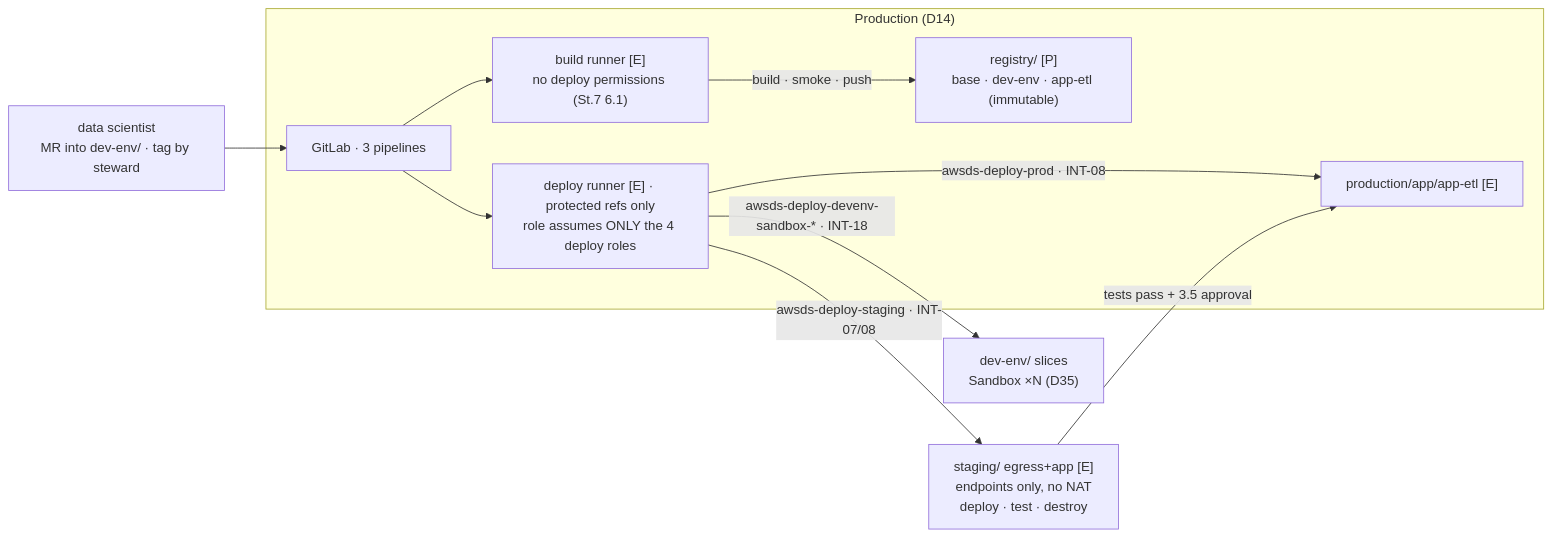
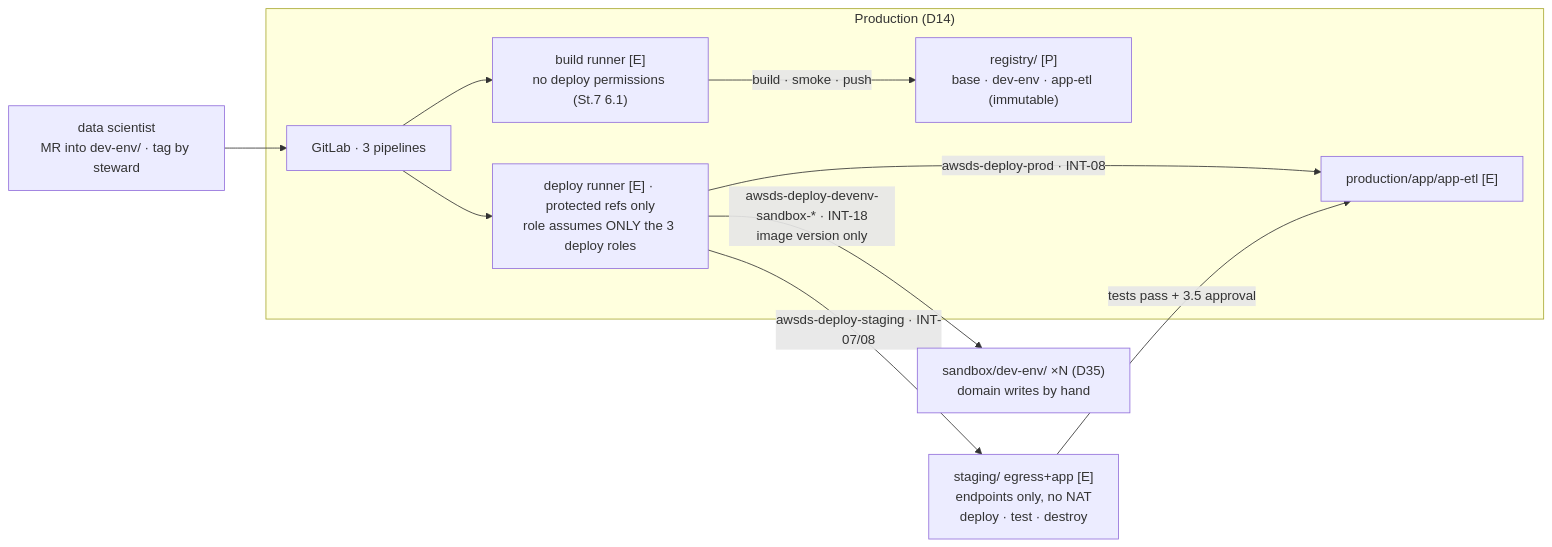
The diagram in docs/plan/stages/stage-08-cicd-pipelines.md (felipenoris/AWS-DataScience), drawn with Mermaid before and after one commit. The commit also changed other lines of this file and 11 other files, not shown here.

````diff
--- a/docs/plan/stages/stage-08-cicd-pipelines.md
+++ b/docs/plan/stages/stage-08-cicd-pipelines.md
@@ -40,17 +41,17 @@
 ```mermaid
 flowchart LR
     DS["data scientist<br/>MR into dev-env/ · tag by steward"] --> GL
     subgraph PRD["Production (D14)"]
         GL["GitLab · 3 pipelines"]
         BR["build runner [E]<br/>no deploy permissions (St.7 6.1)"]
-        DR["deploy runner [E] · protected refs only<br/>role assumes ONLY the 4 deploy roles"]
+        DR["deploy runner [E] · protected refs only<br/>role assumes ONLY the 3 deploy roles"]
         ECR["registry/ [P]<br/>base · dev-env · app-etl (immutable)"]
         PAPP["production/app/app-etl [E]"]
     end
     GL --> BR -->|"build · smoke · push"| ECR
     GL --> DR
-    DR -->|"awsds-deploy-devenv-sandbox-* · INT-18"| REG["dev-env/ slices<br/>Sandbox ×N (D35)"]
+    DR -->|"awsds-deploy-devenv-sandbox-* · INT-18<br/>image version only"| REG["sandbox/dev-env/ ×N (D35)<br/>domain writes by hand"]
     DR -->|"awsds-deploy-staging · INT-07/08"| STG["staging/ egress+app [E]<br/>endpoints only, no NAT<br/>deploy · test · destroy"]
     DR -->|"awsds-deploy-prod · INT-08"| PAPP
     STG -->|"tests pass + 3.5 approval"| PAPP
 ```
````
